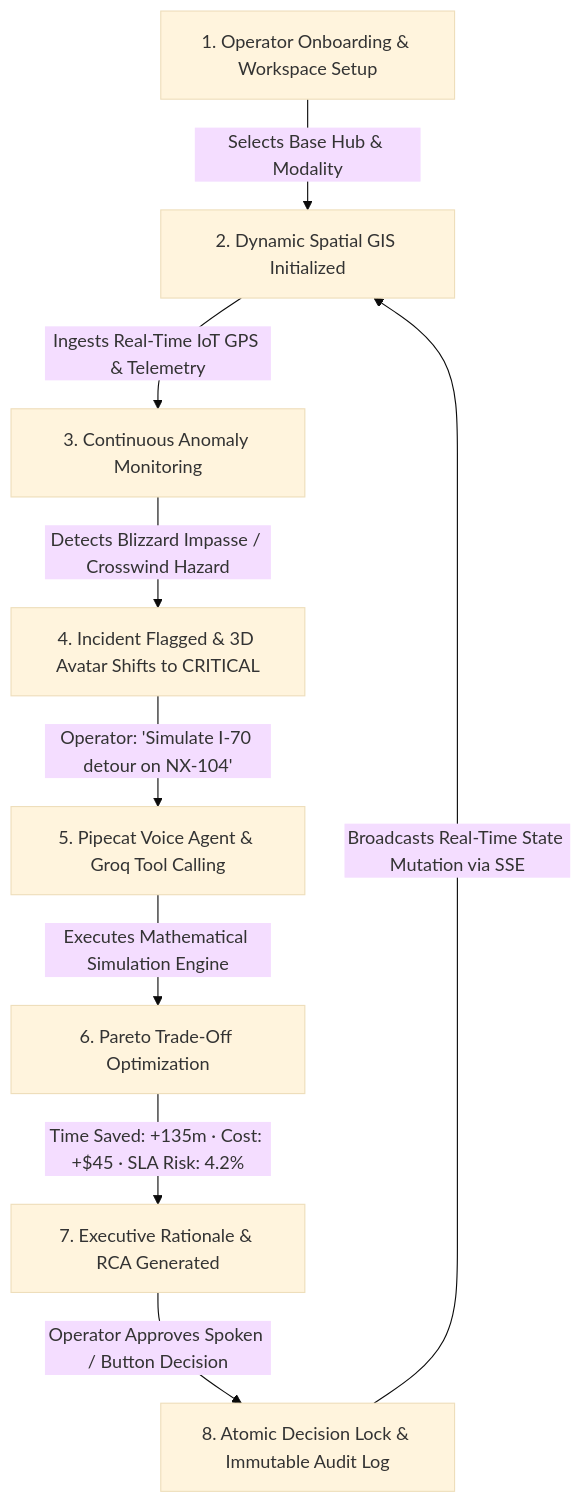
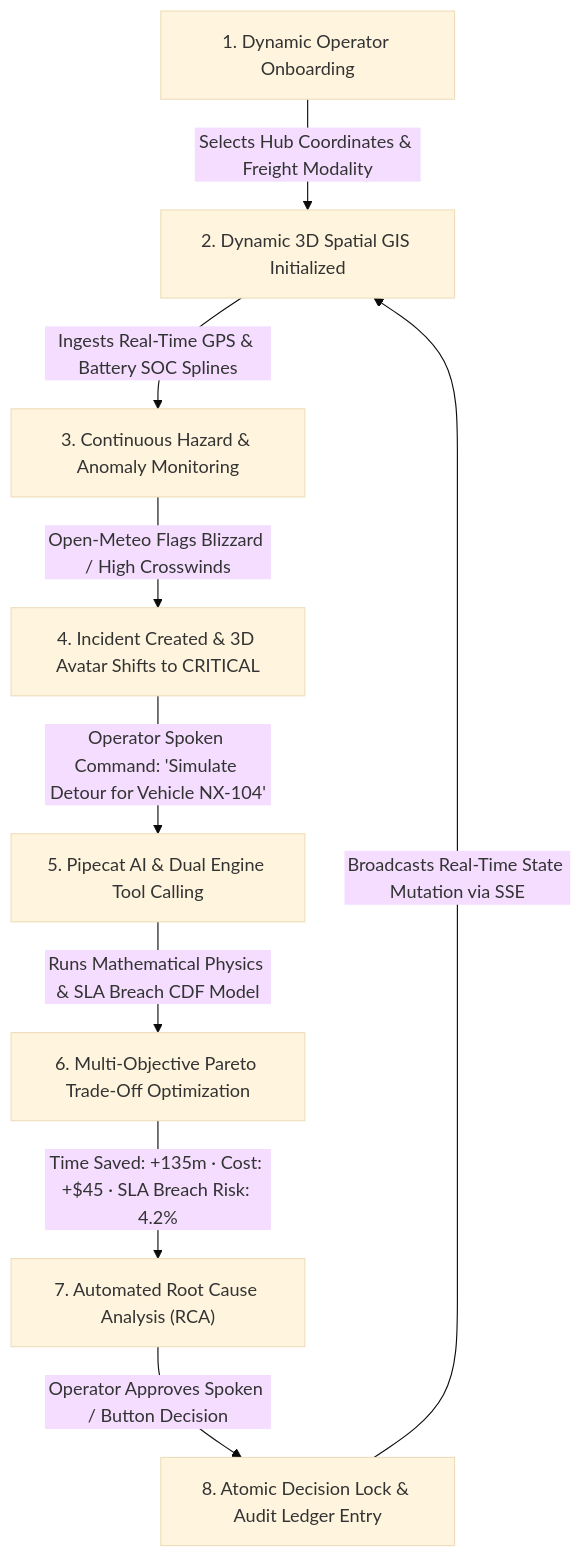
The second of 3 diagrams in README.md (AadityaUniyal/Nexus), drawn with Mermaid (base theme) before and after one commit. The commit also changed other lines of this file and 103 other files, not shown here.

Commit message:
feat: complete production readiness with neon db, 3d avatar, dual ai failover & vercel deployment

````diff
--- a/README.md
+++ b/README.md
@@ -64,11 +113,11 @@
 ```mermaid
 flowchart TD
-    A["1. Operator Onboarding & Workspace Setup"] -->|"Selects Base Hub & Modality"| B["2. Dynamic Spatial GIS Initialized"]
-    B -->|"Ingests Real-Time IoT GPS & Telemetry"| C["3. Continuous Anomaly Monitoring"]
-    C -->|"Detects Blizzard Impasse / Crosswind Hazard"| D["4. Incident Flagged & 3D Avatar Shifts to CRITICAL"]
-    D -->|"Operator: 'Simulate I-70 detour on NX-104'"| E["5. Pipecat Voice Agent & Groq Tool Calling"]
-    E -->|"Executes Mathematical Simulation Engine"| F["6. Pareto Trade-Off Optimization"]
-    F -->|"Time Saved: +135m · Cost: +$45 · SLA Risk: 4.2%"| G["7. Executive Rationale & RCA Generated"]
-    G -->|"Operator Approves Spoken / Button Decision"| H["8. Atomic Decision Lock & Immutable Audit Log"]
+    A["1. Dynamic Operator Onboarding"] -->|"Selects Hub Coordinates & Freight Modality"| B["2. Dynamic 3D Spatial GIS Initialized"]
+    B -->|"Ingests Real-Time GPS & Battery SOC Splines"| C["3. Continuous Hazard & Anomaly Monitoring"]
+    C -->|"Open-Meteo Flags Blizzard / High Crosswinds"| D["4. Incident Created & 3D Avatar Shifts to CRITICAL"]
+    D -->|"Operator Spoken Command: 'Simulate Detour for Vehicle NX-104'"| E["5. Pipecat AI & Dual Engine Tool Calling"]
+    E -->|"Runs Mathematical Physics & SLA Breach CDF Model"| F["6. Multi-Objective Pareto Trade-Off Optimization"]
+    F -->|"Time Saved: +135m · Cost: +$45 · SLA Breach Risk: 4.2%"| G["7. Automated Root Cause Analysis (RCA)"]
+    G -->|"Operator Approves Spoken / Button Decision"| H["8. Atomic Decision Lock & Audit Ledger Entry"]
     H -->|"Broadcasts Real-Time State Mutation via SSE"| B
 ```
````
